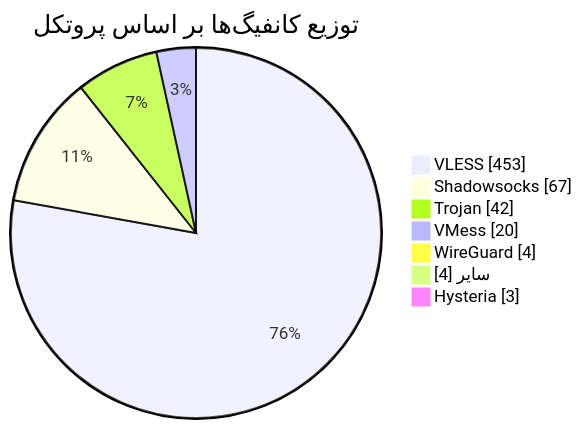
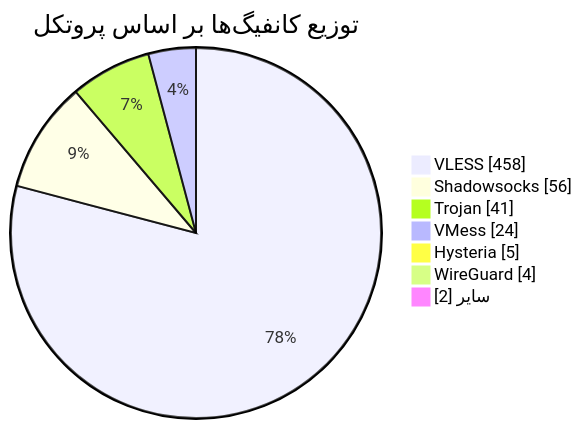
Before and after one commit to Arian-Alijani/Somthing: the diagram in README.md, drawn with Mermaid. The commit also changed other lines of this file and 19 other files, not shown here.

````diff
--- a/README.md
+++ b/README.md
@@ -49,11 +49,11 @@
 ```mermaid
 pie showData
     title توزیع کانفیگ‌ها بر اساس پروتکل
-    "VLESS" : 453
-    "Shadowsocks" : 67
-    "Trojan" : 42
-    "VMess" : 20
+    "VLESS" : 458
+    "Shadowsocks" : 56
+    "Trojan" : 41
+    "VMess" : 24
+    "Hysteria" : 5
     "WireGuard" : 4
-    "سایر" : 4
-    "Hysteria" : 3
+    "سایر" : 2
 ```
````
